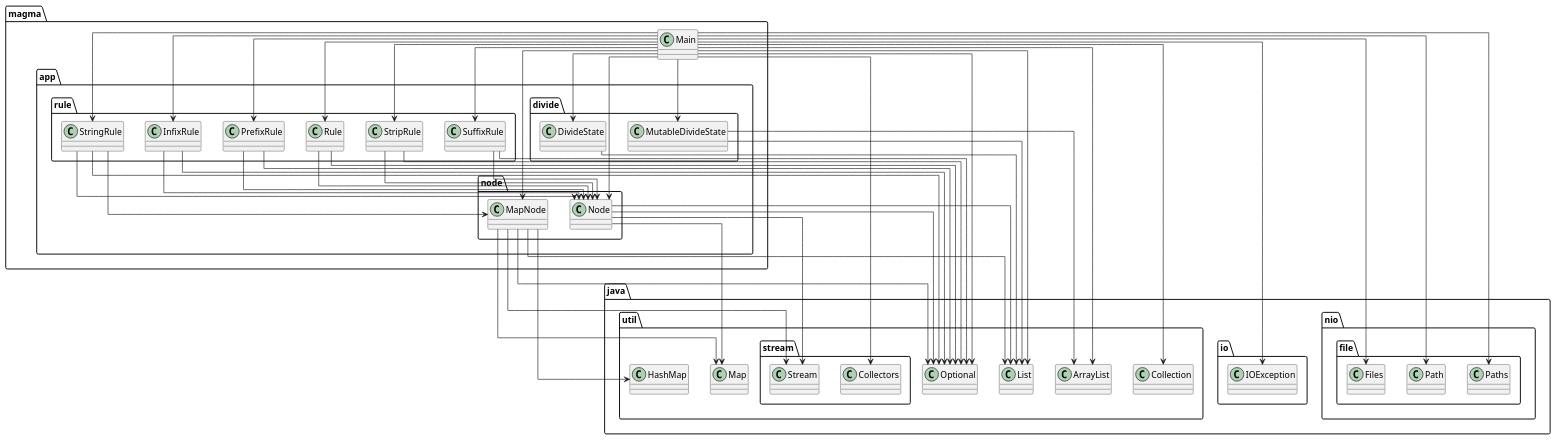
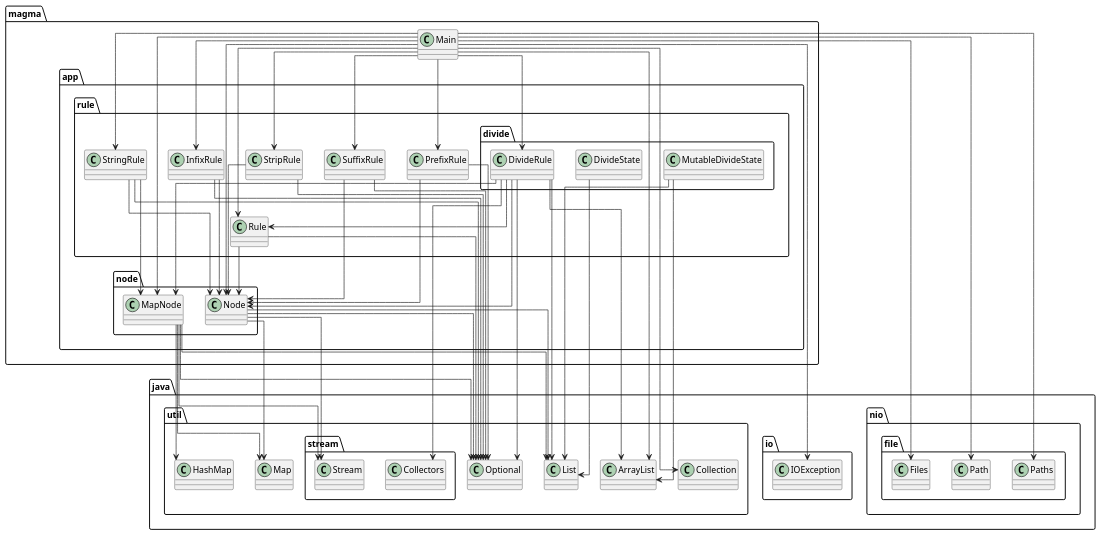
The diagram in diagram.puml (SirMathhman/Magma), drawn with PlantUML before and after one commit. The commit also changed 4 other files, not shown here.

Commit message:
DivideRule

```diff
--- a/diagram.puml
+++ b/diagram.puml
@@ -1,58 +1,62 @@
 @startuml
 skinparam linetype ortho
-class magma.app.divide.DivideState
-magma.app.divide.DivideState --> java.util.List
-class magma.app.divide.MutableDivideState
-magma.app.divide.MutableDivideState --> java.util.ArrayList
-magma.app.divide.MutableDivideState --> java.util.List
 class magma.app.node.MapNode
 magma.app.node.MapNode --> java.util.HashMap
 magma.app.node.MapNode --> java.util.List
 magma.app.node.MapNode --> java.util.Map
 magma.app.node.MapNode --> java.util.Optional
 magma.app.node.MapNode --> java.util.stream.Stream
 class magma.app.node.Node
 magma.app.node.Node --> java.util.List
 magma.app.node.Node --> java.util.Map
 magma.app.node.Node --> java.util.Optional
 magma.app.node.Node --> java.util.stream.Stream
+class magma.app.rule.divide.DivideRule
+magma.app.rule.divide.DivideRule --> magma.app.rule.Rule
+magma.app.rule.divide.DivideRule --> magma.app.node.MapNode
+magma.app.rule.divide.DivideRule --> magma.app.node.Node
+magma.app.rule.divide.DivideRule --> java.util.ArrayList
+magma.app.rule.divide.DivideRule --> java.util.List
+magma.app.rule.divide.DivideRule --> java.util.Optional
+magma.app.rule.divide.DivideRule --> java.util.stream.Collectors
+class magma.app.rule.divide.DivideState
+magma.app.rule.divide.DivideState --> java.util.List
+class magma.app.rule.divide.MutableDivideState
+magma.app.rule.divide.MutableDivideState --> java.util.ArrayList
+magma.app.rule.divide.MutableDivideState --> java.util.List
 class magma.app.rule.InfixRule
 magma.app.rule.InfixRule --> magma.app.node.Node
 magma.app.rule.InfixRule --> java.util.Optional
 class magma.app.rule.PrefixRule
 magma.app.rule.PrefixRule --> magma.app.node.Node
 magma.app.rule.PrefixRule --> java.util.Optional
 class magma.app.rule.Rule
 magma.app.rule.Rule --> magma.app.node.Node
 magma.app.rule.Rule --> java.util.Optional
 class magma.app.rule.StringRule
 magma.app.rule.StringRule --> magma.app.node.MapNode
 magma.app.rule.StringRule --> magma.app.node.Node
 magma.app.rule.StringRule --> java.util.Optional
 class magma.app.rule.StripRule
 magma.app.rule.StripRule --> magma.app.node.Node
 magma.app.rule.StripRule --> java.util.Optional
 class magma.app.rule.SuffixRule
 magma.app.rule.SuffixRule --> magma.app.node.Node
 magma.app.rule.SuffixRule --> java.util.Optional
 class magma.Main
-magma.Main --> magma.app.divide.DivideState
-magma.Main --> magma.app.divide.MutableDivideState
 magma.Main --> magma.app.node.MapNode
 magma.Main --> magma.app.node.Node
+magma.Main --> magma.app.rule.divide.DivideRule
 magma.Main --> magma.app.rule.InfixRule
 magma.Main --> magma.app.rule.PrefixRule
 magma.Main --> magma.app.rule.Rule
 magma.Main --> magma.app.rule.StringRule
 magma.Main --> magma.app.rule.StripRule
 magma.Main --> magma.app.rule.SuffixRule
 magma.Main --> java.io.IOException
 magma.Main --> java.nio.file.Files
 magma.Main --> java.nio.file.Path
 magma.Main --> java.nio.file.Paths
 magma.Main --> java.util.ArrayList
 magma.Main --> java.util.Collection
-magma.Main --> java.util.List
-magma.Main --> java.util.Optional
-magma.Main --> java.util.stream.Collectors
 @enduml
```
